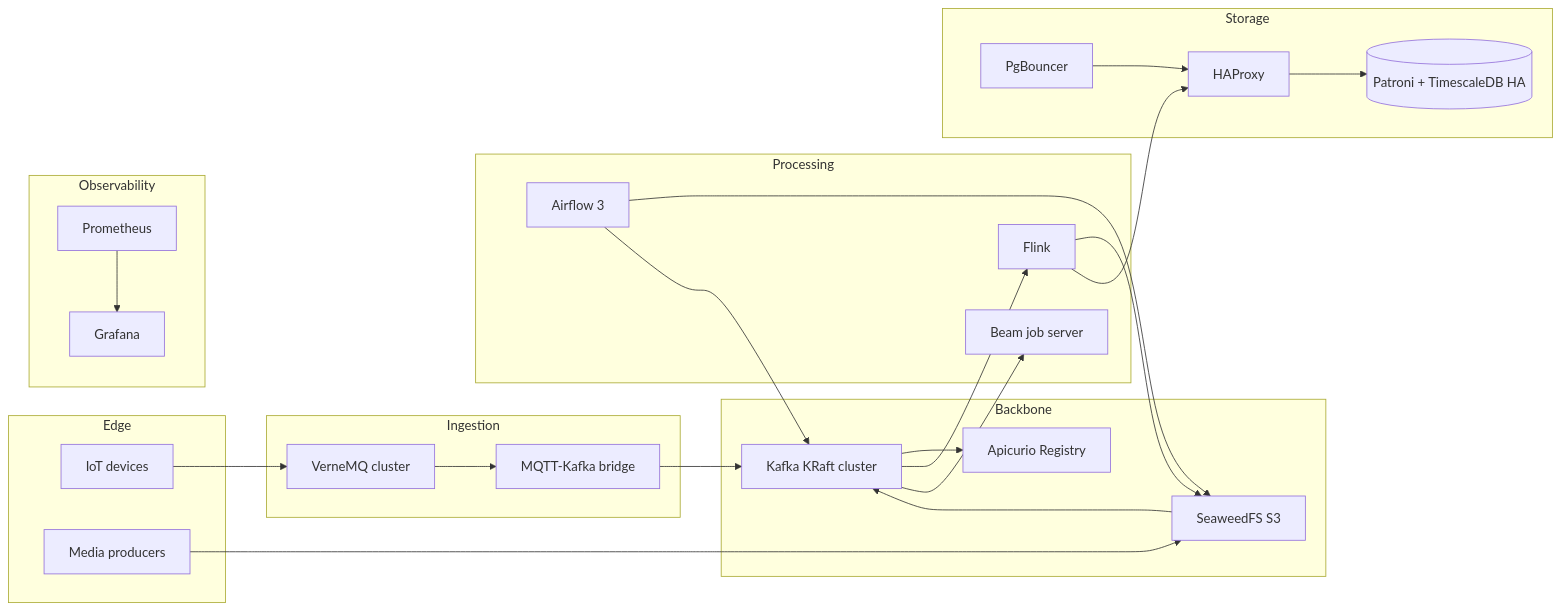
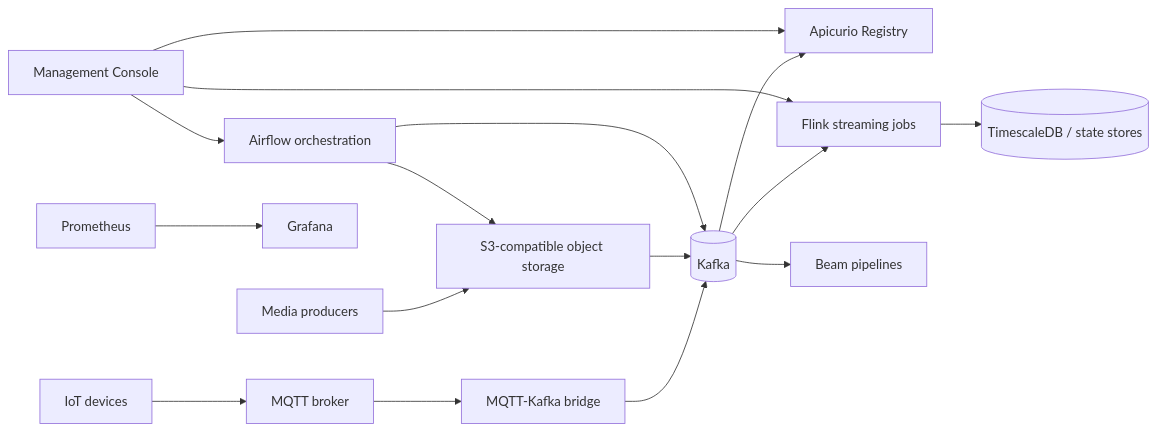
The diagram in README.md (Smartappli/DEALIoT), drawn with Mermaid before and after one commit. The commit also changed other lines of this file and 19 other files, not shown here.

Commit message:
Harden production architecture docs and CI guardrails

````diff
--- a/README.md
+++ b/README.md
@@ -61,47 +31,18 @@
 ```mermaid
 flowchart LR
-  subgraph Edge
-    D[IoT devices]
-    M[Media producers]
-  end
-
-  subgraph Ingestion
-    V[VerneMQ cluster]
-    B[MQTT-Kafka bridge]
-  end
-
-  subgraph Backbone
-    K[Kafka KRaft cluster]
-    R[Apicurio Registry]
-    O[SeaweedFS S3]
-  end
-
-  subgraph Processing
-    F[Flink]
-    J[Beam job server]
-    A[Airflow 3]
-  end
-
-  subgraph Storage
-    H[HAProxy]
-    P[(Patroni + TimescaleDB HA)]
-    G[PgBouncer]
-  end
-
-  subgraph Observability
-    PR[Prometheus]
-    GF[Grafana]
-  end
-
-  D --> V --> B --> K
-  M --> O --> K
-  K --> R
-  K --> F
-  K --> J
-  A --> O
-  A --> K
-  F --> O
-  F --> H --> P
-  G --> H
-  PR --> GF
+  Device[IoT devices] --> MQTT[MQTT broker]
+  Media[Media producers] --> S3[S3-compatible object storage]
+  MQTT --> Bridge[MQTT-Kafka bridge]
+  Bridge --> Kafka[(Kafka)]
+  S3 --> Kafka
+  Kafka --> Registry[Apicurio Registry]
+  Kafka --> Flink[Flink streaming jobs]
+  Kafka --> Beam[Beam pipelines]
+  Airflow[Airflow orchestration] --> S3
+  Airflow --> Kafka
+  Flink --> State[(TimescaleDB / state stores)]
+  Prometheus[Prometheus] --> Grafana[Grafana]
+  Console[Management Console] --> Airflow
+  Console --> Registry
+  Console --> Flink
 ```
````
